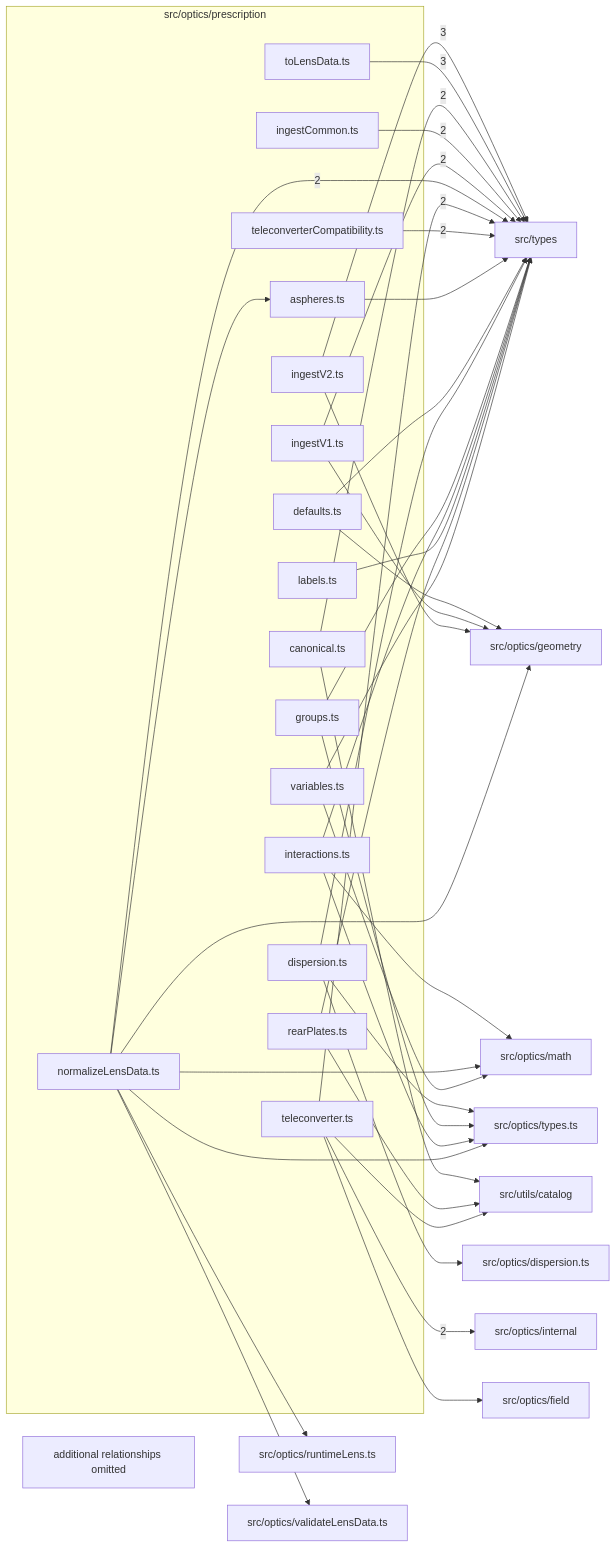
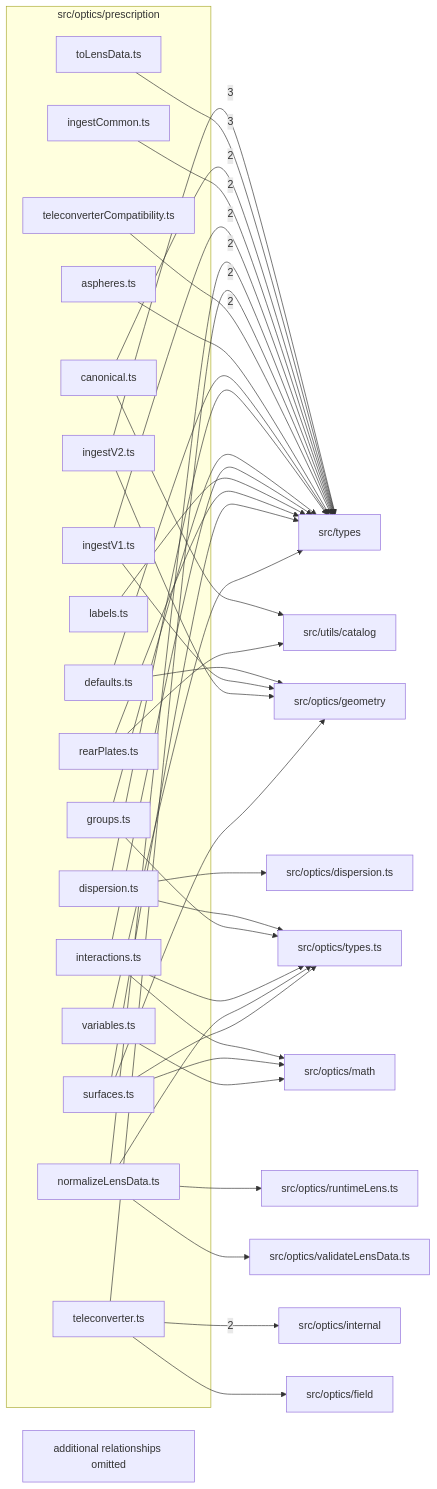
The diagram in src/optics/prescription/readme.md (ronbuening/LensVisualizer), drawn with Mermaid before and after one commit. The commit also changed other lines of this file and 11 other files, not shown here.

````diff
--- a/src/optics/prescription/readme.md
+++ b/src/optics/prescription/readme.md
@@ -9,68 +9,69 @@
 ```mermaid
 flowchart LR
   subgraph n_src_optics_prescription["src/optics/prescription"]
     n_src_optics_prescription_src_optics_prescription_aspheres_ts["aspheres.ts"]
     n_src_optics_prescription_src_optics_prescription_canonical_ts["canonical.ts"]
     n_src_optics_prescription_src_optics_prescription_defaults_ts["defaults.ts"]
     n_src_optics_prescription_src_optics_prescription_dispersion_ts["dispersion.ts"]
     n_src_optics_prescription_src_optics_prescription_groups_ts["groups.ts"]
     n_src_optics_prescription_src_optics_prescription_ingestCommon_ts["ingestCommon.ts"]
     n_src_optics_prescription_src_optics_prescription_ingestV1_ts["ingestV1.ts"]
     n_src_optics_prescription_src_optics_prescription_ingestV2_ts["ingestV2.ts"]
     n_src_optics_prescription_src_optics_prescription_interactions_ts["interactions.ts"]
     n_src_optics_prescription_src_optics_prescription_labels_ts["labels.ts"]
     n_src_optics_prescription_src_optics_prescription_normalizeLensData_ts["normalizeLensData.ts"]
     n_src_optics_prescription_src_optics_prescription_rearPlates_ts["rearPlates.ts"]
+    n_src_optics_prescription_src_optics_prescription_surfaces_ts["surfaces.ts"]
     n_src_optics_prescription_src_optics_prescription_teleconverter_ts["teleconverter.ts"]
     n_src_optics_prescription_src_optics_prescription_teleconverterCompatibility_ts["teleconverterCompatibility.ts"]
     n_src_optics_prescription_src_optics_prescription_toLensData_ts["toLensData.ts"]
     n_src_optics_prescription_src_optics_prescription_variables_ts["variables.ts"]
   end
   n_external_src_types["src/types"]
   n_external_src_optics_internal["src/optics/internal"]
   n_external_src_optics_dispersion_ts["src/optics/dispersion.ts"]
   n_external_src_optics_field["src/optics/field"]
   n_external_src_optics_geometry["src/optics/geometry"]
   n_external_src_optics_math["src/optics/math"]
   n_external_src_optics_runtimeLens_ts["src/optics/runtimeLens.ts"]
   n_external_src_optics_types_ts["src/optics/types.ts"]
   n_external_src_optics_validateLensData_ts["src/optics/validateLensData.ts"]
   n_external_src_utils_catalog["src/utils/catalog"]
   n_src_optics_prescription_src_optics_prescription_ingestV2_ts --> |3| n_external_src_types
   n_src_optics_prescription_src_optics_prescription_toLensData_ts --> |3| n_external_src_types
   n_src_optics_prescription_src_optics_prescription_teleconverter_ts --> |2| n_external_src_optics_internal
   n_src_optics_prescription_src_optics_prescription_canonical_ts --> |2| n_external_src_types
   n_src_optics_prescription_src_optics_prescription_ingestCommon_ts --> |2| n_external_src_types
   n_src_optics_prescription_src_optics_prescription_ingestV1_ts --> |2| n_external_src_types
   n_src_optics_prescription_src_optics_prescription_normalizeLensData_ts --> |2| n_external_src_types
   n_src_optics_prescription_src_optics_prescription_teleconverter_ts --> |2| n_external_src_types
   n_src_optics_prescription_src_optics_prescription_teleconverterCompatibility_ts --> |2| n_external_src_types
   n_src_optics_prescription_src_optics_prescription_dispersion_ts --> n_external_src_optics_dispersion_ts
   n_src_optics_prescription_src_optics_prescription_teleconverter_ts --> n_external_src_optics_field
   n_src_optics_prescription_src_optics_prescription_defaults_ts --> n_external_src_optics_geometry
   n_src_optics_prescription_src_optics_prescription_ingestV1_ts --> n_external_src_optics_geometry
   n_src_optics_prescription_src_optics_prescription_ingestV2_ts --> n_external_src_optics_geometry
-  n_src_optics_prescription_src_optics_prescription_normalizeLensData_ts --> n_external_src_optics_geometry
+  n_src_optics_prescription_src_optics_prescription_surfaces_ts --> n_external_src_optics_geometry
   n_src_optics_prescription_src_optics_prescription_interactions_ts --> n_external_src_optics_math
-  n_src_optics_prescription_src_optics_prescription_normalizeLensData_ts --> n_external_src_optics_math
+  n_src_optics_prescription_src_optics_prescription_surfaces_ts --> n_external_src_optics_math
   n_src_optics_prescription_src_optics_prescription_variables_ts --> n_external_src_optics_math
   n_src_optics_prescription_src_optics_prescription_normalizeLensData_ts --> n_external_src_optics_runtimeLens_ts
   n_src_optics_prescription_src_optics_prescription_dispersion_ts --> n_external_src_optics_types_ts
   n_src_optics_prescription_src_optics_prescription_groups_ts --> n_external_src_optics_types_ts
   n_src_optics_prescription_src_optics_prescription_interactions_ts --> n_external_src_optics_types_ts
   n_src_optics_prescription_src_optics_prescription_normalizeLensData_ts --> n_external_src_optics_types_ts
+  n_src_optics_prescription_src_optics_prescription_surfaces_ts --> n_external_src_optics_types_ts
   n_src_optics_prescription_src_optics_prescription_normalizeLensData_ts --> n_external_src_optics_validateLensData_ts
   n_src_optics_prescription_src_optics_prescription_aspheres_ts --> n_external_src_types
   n_src_optics_prescription_src_optics_prescription_defaults_ts --> n_external_src_types
   n_src_optics_prescription_src_optics_prescription_dispersion_ts --> n_external_src_types
   n_src_optics_prescription_src_optics_prescription_groups_ts --> n_external_src_types
   n_src_optics_prescription_src_optics_prescription_interactions_ts --> n_external_src_types
   n_src_optics_prescription_src_optics_prescription_labels_ts --> n_external_src_types
   n_src_optics_prescription_src_optics_prescription_rearPlates_ts --> n_external_src_types
+  n_src_optics_prescription_src_optics_prescription_surfaces_ts --> n_external_src_types
   n_src_optics_prescription_src_optics_prescription_variables_ts --> n_external_src_types
   n_src_optics_prescription_src_optics_prescription_canonical_ts --> n_external_src_utils_catalog
   n_src_optics_prescription_src_optics_prescription_rearPlates_ts --> n_external_src_utils_catalog
-  n_src_optics_prescription_src_optics_prescription_teleconverter_ts --> n_external_src_utils_catalog
-  n_src_optics_prescription_src_optics_prescription_normalizeLensData_ts --> n_src_optics_prescription_src_optics_prescription_aspheres_ts
   n_src_optics_prescription_truncated["additional relationships omitted"]
 ```
````
